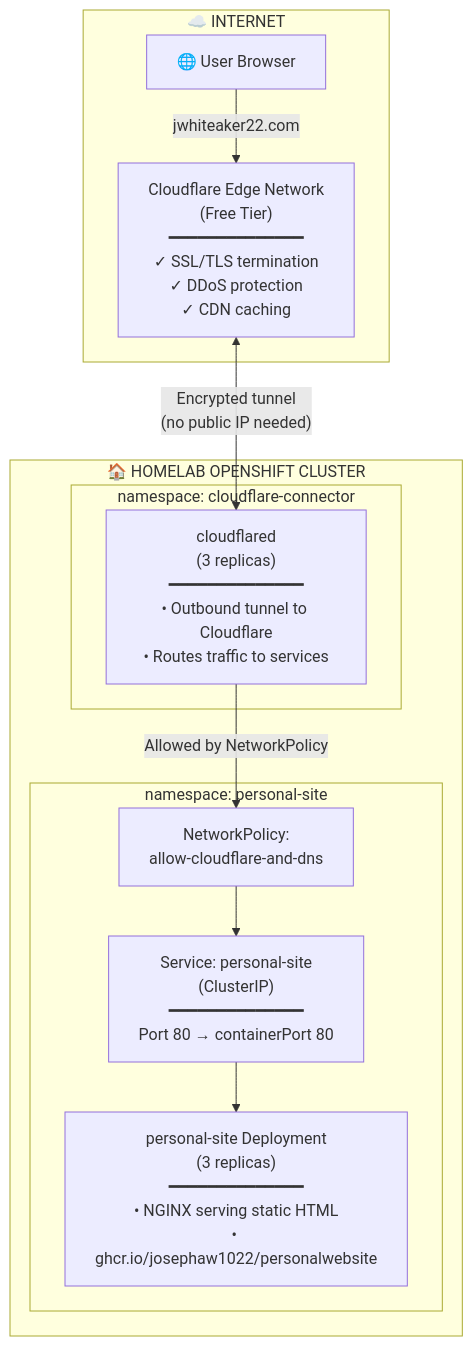
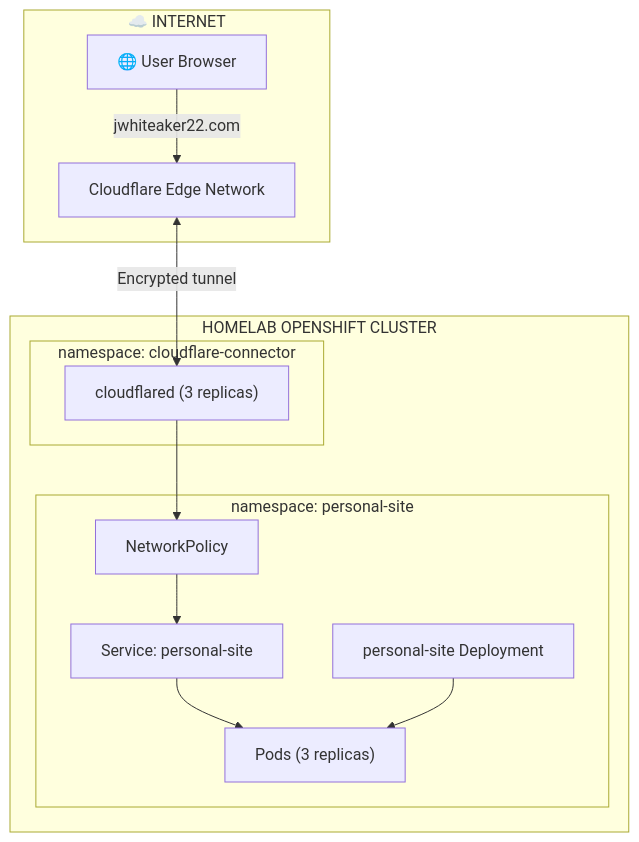
The diagram in README.md (josephaw1022/PersonalWebsite), drawn with Mermaid before and after one commit.

Commit message:
Simplify Mermaid architecture diagram (#3)
- Clean up labels and remove verbose descriptions
- Add separate Pods node with Service and Deployment pointing to it
- Fix casing to be consistent (personal-site lowercase)

````diff
--- a/README.md
+++ b/README.md
@@ -11,25 +11,27 @@
 ```mermaid
 flowchart TB
     subgraph INTERNET["☁️ INTERNET"]
         USER["🌐 User Browser"]
-        CF["Cloudflare Edge Network<br/>(Free Tier)<br/>━━━━━━━━━━━━━━<br/>✓ SSL/TLS termination<br/>✓ DDoS protection<br/>✓ CDN caching"]
+        CF["Cloudflare Edge Network"]
     end
 
-    subgraph CLUSTER["🏠 HOMELAB OPENSHIFT CLUSTER"]
+    subgraph CLUSTER["HOMELAB OPENSHIFT CLUSTER"]
         subgraph NS_CF["namespace: cloudflare-connector"]
-            CFLD["cloudflared<br/>(3 replicas)<br/>━━━━━━━━━━━━━━<br/>• Outbound tunnel to Cloudflare<br/>• Routes traffic to services"]
+            CFLD["cloudflared (3 replicas)"]
         end
 
         subgraph NS_SITE["namespace: personal-site"]
-            NP["NetworkPolicy:<br/>allow-cloudflare-and-dns"]
-            DEPLOY["personal-site Deployment<br/>(3 replicas)<br/>━━━━━━━━━━━━━━<br/>• NGINX serving static HTML<br/>• ghcr.io/josephaw1022/personalwebsite"]
-            SVC["Service: personal-site<br/>(ClusterIP)<br/>━━━━━━━━━━━━━━<br/>Port 80 → containerPort 80"]
+            NP["NetworkPolicy"]
+            SVC["Service: personal-site"]
+            DEPLOY["personal-site Deployment"]
+            PODS["Pods (3 replicas)"]
         end
     end
 
     USER -->|"jwhiteaker22.com"| CF
-    CF <-->|"Encrypted tunnel<br/>(no public IP needed)"| CFLD
-    CFLD -->|"Allowed by NetworkPolicy"| NP
+    CF <-->|"Encrypted tunnel"| CFLD
+    CFLD --> NP
     NP --> SVC
-    SVC --> DEPLOY
+    SVC --> PODS
+    DEPLOY --> PODS
 ```
````
